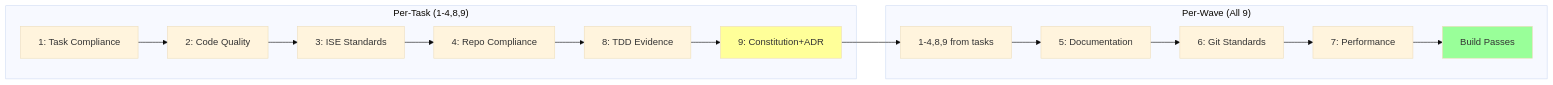
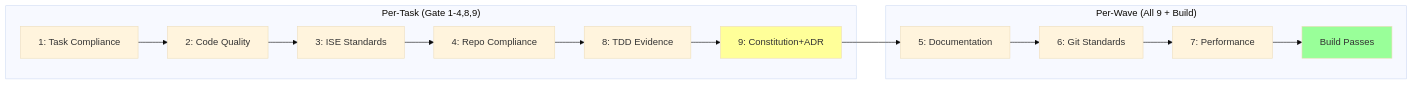
Before and after one commit to Roberdan/MyConvergio: the second of 6 diagrams in README.md, drawn with Mermaid (base theme). The commit also changed other lines of this file and 5 other files, not shown here.

First line of the commit message:
feat: batch merge flow end-to-end + README v3.0 with mermaid diagrams

````diff
--- a/README.md
+++ b/README.md
@@ -112,23 +90,21 @@
 ```mermaid
 graph LR
-    subgraph "Per-Task (1-4,8,9)"
+    subgraph "Per-Task (Gate 1-4,8,9)"
         T1[1: Task Compliance]
         T2[2: Code Quality]
         T3[3: ISE Standards]
         T4[4: Repo Compliance]
         T8[8: TDD Evidence]
         T9[9: Constitution+ADR]
     end
-    subgraph "Per-Wave (All 9)"
-        W1[1-4,8,9 from tasks]
+    subgraph "Per-Wave (All 9 + Build)"
         W5[5: Documentation]
         W6[6: Git Standards]
         W7[7: Performance]
         W10[Build Passes]
     end
     T1 --> T2 --> T3 --> T4 --> T8 --> T9
-    T9 --> W1
-    W1 --> W5 --> W6 --> W7 --> W10
+    T9 --> W5 --> W6 --> W7 --> W10
     style T9 fill:#ff9
     style W10 fill:#9f9
 ```
````
